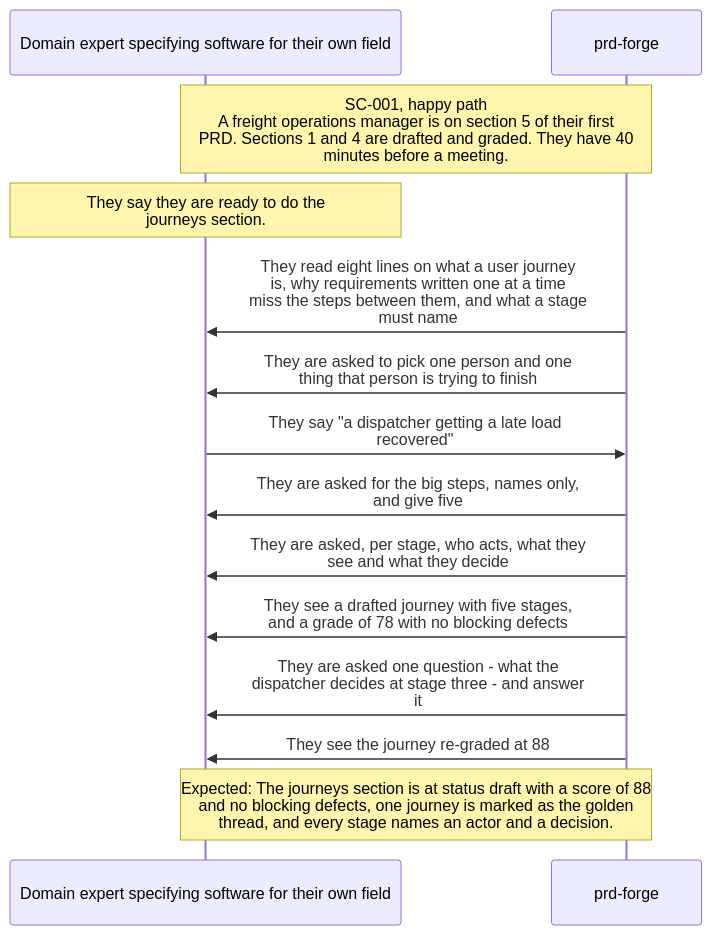
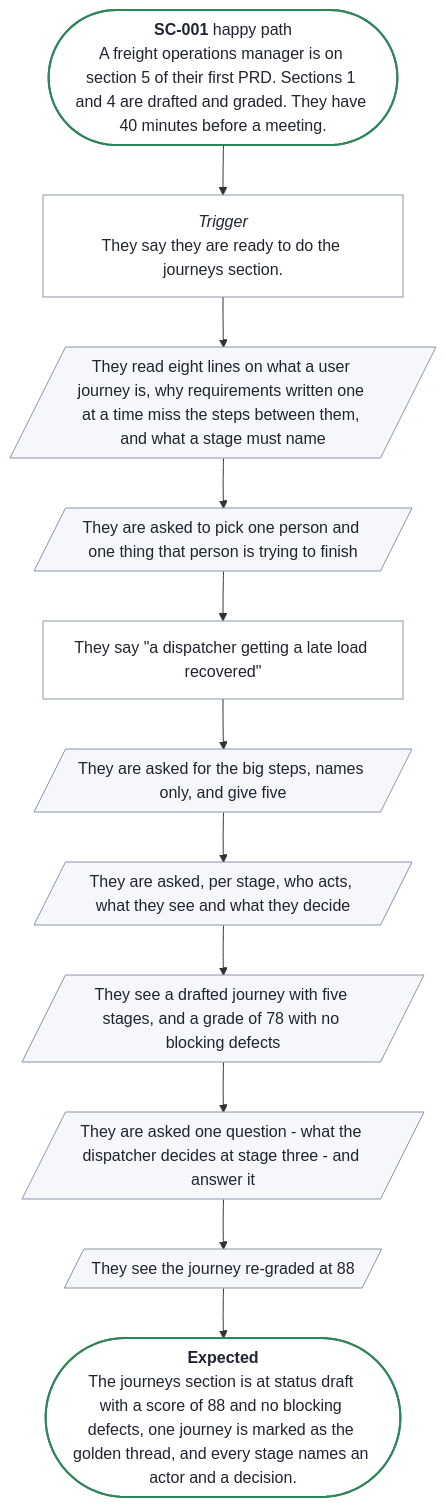
The diagram in docs/prd/prd-forge/diagrams/SC-001.mmd (SpillwaveSolutions/prd-forge), drawn with Mermaid before and after one commit. The commit also changed 30 other files, not shown here.

First line of the commit message:
Draw scenarios as flowcharts, and add stage satisfaction and scenario priority

```diff
--- a/docs/prd/prd-forge/diagrams/SC-001.mmd
+++ b/docs/prd/prd-forge/diagrams/SC-001.mmd
@@ -1,15 +1,28 @@
 %% Generated by prd-diagrams.mjs from the scenario front matter. Do not edit.
-sequenceDiagram
-  participant P as Domain expert specifying software for their own field
-  participant S as prd-forge
-  Note over P,S: SC-001, happy path<br/>A freight operations manager is on section 5 of their first<br/>PRD. Sections 1 and 4 are drafted and graded. They have 40<br/>minutes before a meeting.
-  Note over P: They say they are ready to do the<br/>journeys section.
-  S->>P: They read eight lines on what a user journey<br/>is, why requirements written one at a time<br/>miss the steps between them, and what a stage<br/>must name
-  S->>P: They are asked to pick one person and one<br/>thing that person is trying to finish
-  P->>S: They say #quot;a dispatcher getting a late load<br/>recovered#quot;
-  S->>P: They are asked for the big steps, names only,<br/>and give five
-  S->>P: They are asked, per stage, who acts, what they<br/>see and what they decide
-  S->>P: They see a drafted journey with five stages,<br/>and a grade of 78 with no blocking defects
-  S->>P: They are asked one question - what the<br/>dispatcher decides at stage three - and answer<br/>it
-  S->>P: They see the journey re-graded at 88
-  Note over P,S: Expected: The journeys section is at status draft with a score of 88<br/>and no blocking defects, one journey is marked as the golden<br/>thread, and every stage names an actor and a decision.
+%%{init: {"flowchart": {"wrappingWidth": 300}}}%%
+flowchart TB
+  start(["<b>SC-001</b> happy path<br/>A freight operations manager is on section 5 of their first PRD. Sections 1 and 4 are drafted and graded. They have 40 minutes before a meeting."])
+  trigger["<i>Trigger</i><br/>They say they are ready to do the journeys section."]
+  s0[/"They read eight lines on what a user journey is, why requirements written one at a time miss the steps between them, and what a stage must name"/]
+  s1[/"They are asked to pick one person and one thing that person is trying to finish"/]
+  s2["They say #quot;a dispatcher getting a late load recovered#quot;"]
+  s3[/"They are asked for the big steps, names only, and give five"/]
+  s4[/"They are asked, per stage, who acts, what they see and what they decide"/]
+  s5[/"They see a drafted journey with five stages, and a grade of 78 with no blocking defects"/]
+  s6[/"They are asked one question - what the dispatcher decides at stage three - and answer it"/]
+  s7[/"They see the journey re-graded at 88"/]
+  done(["<b>Expected</b><br/>The journeys section is at status draft with a score of 88 and no blocking defects, one journey is marked as the golden thread, and every stage names an actor and a decision."])
+  start --> trigger --> s0 --> s1 --> s2 --> s3 --> s4 --> s5 --> s6 --> s7 --> done
+  classDef ends fill:#FFFFFF,stroke:#2F855A,stroke-width:2px,color:#1F2430
+  classDef sees fill:#F5F7FA,stroke:#8A94A6,color:#1F2430
+  classDef does fill:#FFFFFF,stroke:#8A94A6,color:#1F2430
+  class start,done ends
+  class s0 sees
+  class s1 sees
+  class s2 does
+  class s3 sees
+  class s4 sees
+  class s5 sees
+  class s6 sees
+  class s7 sees
+  class trigger does
```
